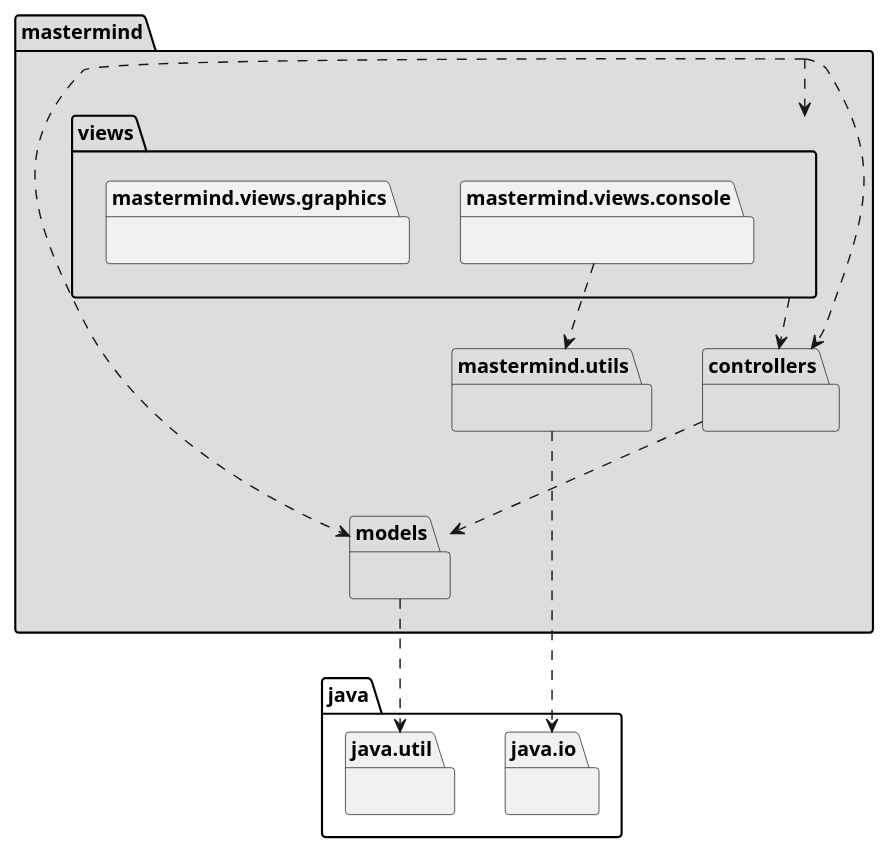
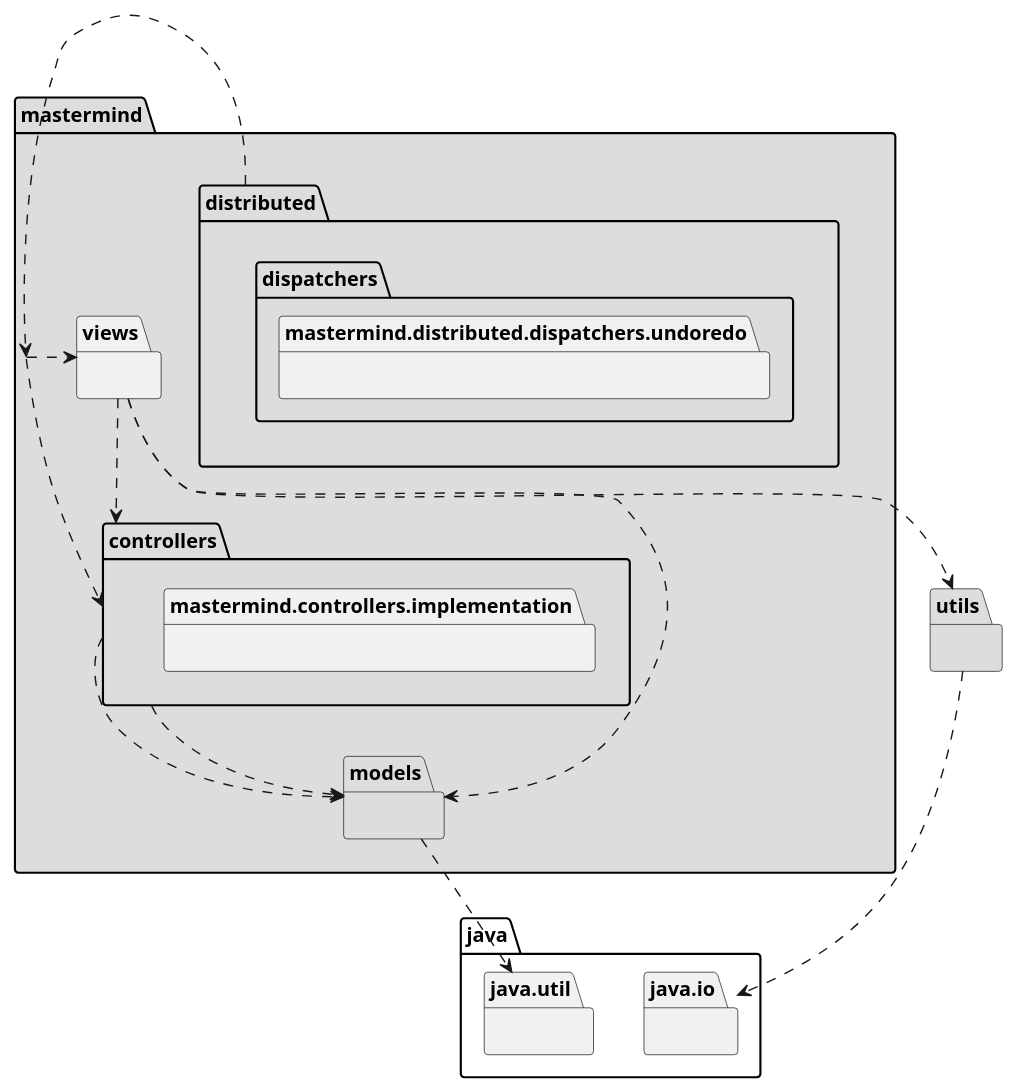
One commit to amartinm82/mastermind changed the first of 12 diagrams in docs/src/docs/asciidoc/index.adoc. Above: the diagram before and after it, drawn with PlantUML. The commit also changed other lines of this file and 29 other files, not shown here.

```diff
--- a/docs/src/docs/asciidoc/index.adoc
+++ b/docs/src/docs/asciidoc/index.adoc
@@ -34,27 +34,34 @@
 [plantuml,version2Arquitectura,svg]
 ....
 
 package mastermind #DDDDDD { } 
 mastermind .down.> mastermind.controllers
-mastermind .down.> mastermind.models
+mastermind.distributed .down.> mastermind
+mastermind.controllers .down.> mastermind.models
+mastermind.views .down.> mastermind.models
+mastermind.views .down.> utils
 mastermind .down.> mastermind.views
 
-package mastermind.controllers #DDDDDD { }
+package mastermind.controllers #DDDDDD {
+    package mastermind.controllers.implementation {}
+}
 mastermind.controllers .down.> mastermind.models
+
+package mastermind.distributed #DDDDDD {
+    package mastermind.distributed.dispatchers {
+        package mastermind.distributed.dispatchers.undoredo{}
+    }
+}
 
 package mastermind.models #DDDDDD { } 
 package java.util{ }
 mastermind.models .down.> java.util
 
-package mastermind.utils #DDDDDD { } 
+package utils #DDDDDD { }
 package java.io{ }
-mastermind.utils .down.> java.io
+utils .down.> java.io
 
-package mastermind.views #DDDDDD {
-    package mastermind.views.console {}
-    package mastermind.views.graphics {}
-}
+package mastermind.views{}
 mastermind.views .down.> mastermind.controllers
-mastermind.views.console .down.> mastermind.utils
 
 ....
```
